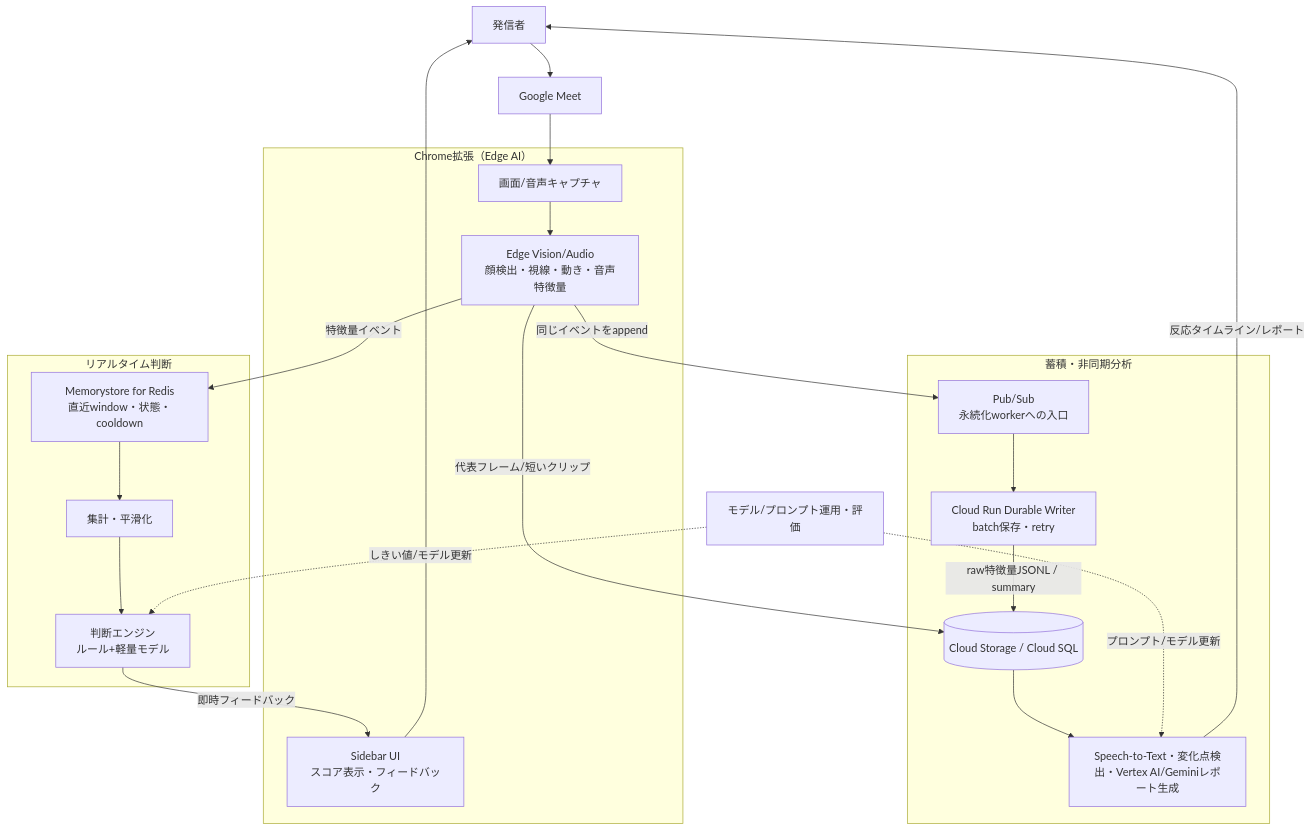
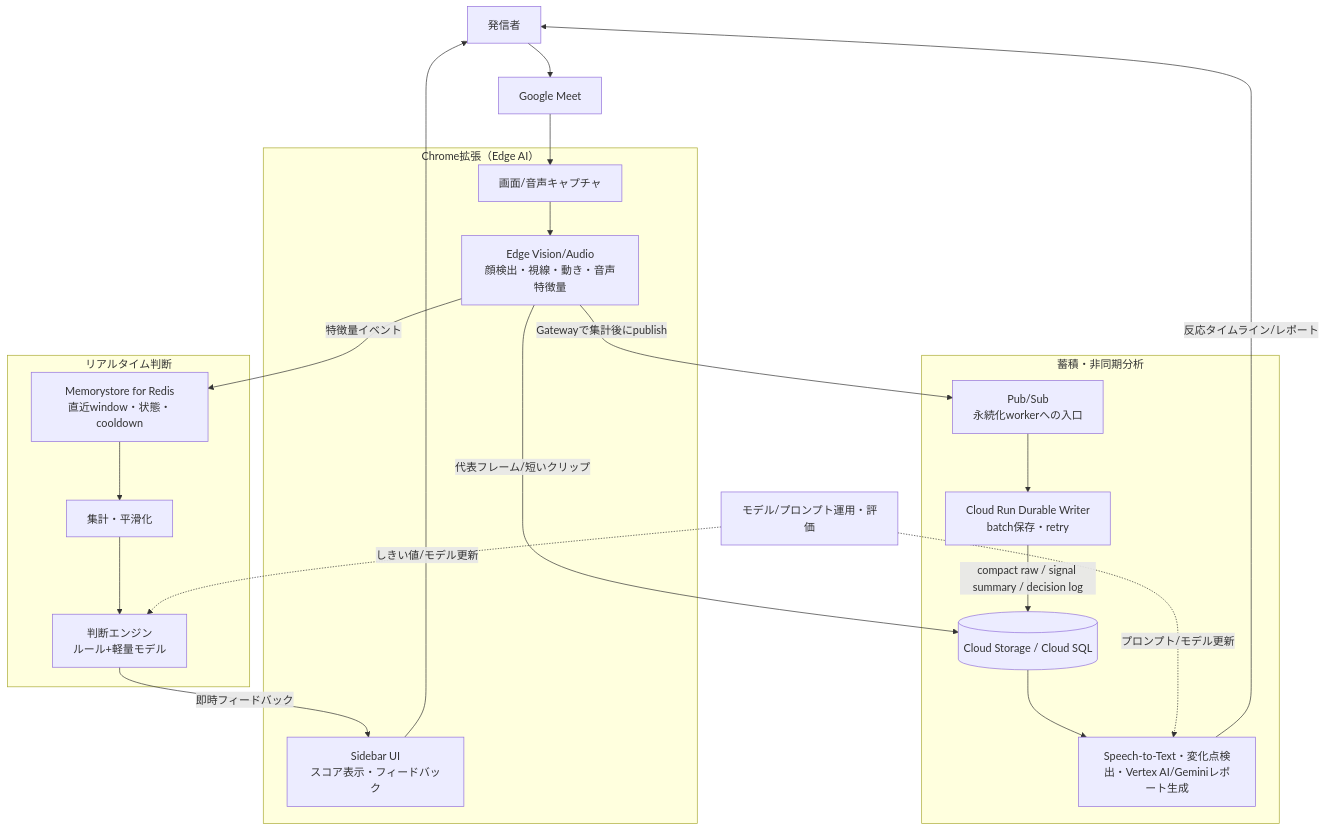
Before and after one commit to k-kanke/reaction-engine: the second of 6 diagrams in plan/1st-plan.md, drawn with Mermaid. The commit also changed other lines of this file and 9 other files, not shown here.

````diff
--- a/plan/1st-plan.md
+++ b/plan/1st-plan.md
@@ -154,45 +154,45 @@
 ```mermaid
 flowchart TB
   presenter["発信者"]
   meet["Google Meet"]
 
   subgraph extension["Chrome拡張（Edge AI）"]
     capture["画面/音声キャプチャ"]
     vision["Edge Vision/Audio<br/>顔検出・視線・動き・音声特徴量"]
     sidebar["Sidebar UI<br/>スコア表示・フィードバック"]
   end
 
   subgraph realtime["リアルタイム判断"]
     redis["Memorystore for Redis<br/>直近window・状態・cooldown"]
     stream["集計・平滑化"]
     decision["判断エンジン<br/>ルール+軽量モデル"]
   end
 
   subgraph platform["蓄積・非同期分析"]
     eventStream["Pub/Sub<br/>永続化workerへの入口"]
     writer["Cloud Run Durable Writer<br/>batch保存・retry"]
     store[("Cloud Storage / Cloud SQL")]
     analysis["Speech-to-Text・変化点検出・Vertex AI/Geminiレポート生成"]
   end
 
   ops["モデル/プロンプト運用・評価"]
 
   presenter --> meet
   meet --> capture
   capture --> vision
   vision -->|特徴量イベント| redis
-  vision -->|同じイベントをappend| eventStream
+  vision -->|Gatewayで集計後にpublish| eventStream
   redis --> stream
   stream --> decision
   decision -->|即時フィードバック| sidebar
   sidebar --> presenter
 
   eventStream --> writer
-  writer -->|raw特徴量JSONL / summary| store
+  writer -->|compact raw / signal summary / decision log| store
   vision -->|代表フレーム/短いクリップ| store
   store --> analysis
   analysis -->|反応タイムライン/レポート| presenter
 
   ops -.->|しきい値/モデル更新| decision
   ops -.->|プロンプト/モデル更新| analysis
 ```
````
